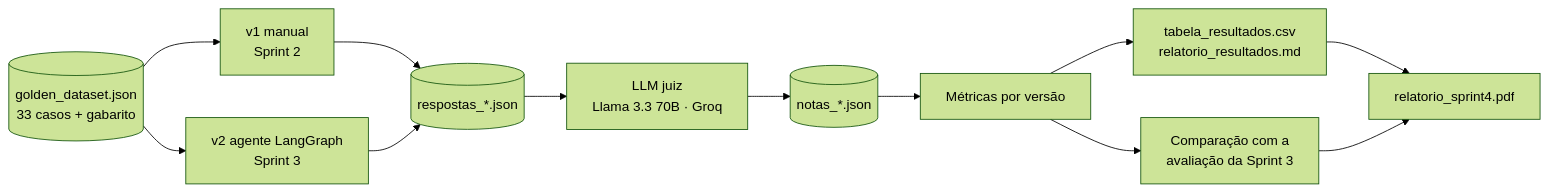
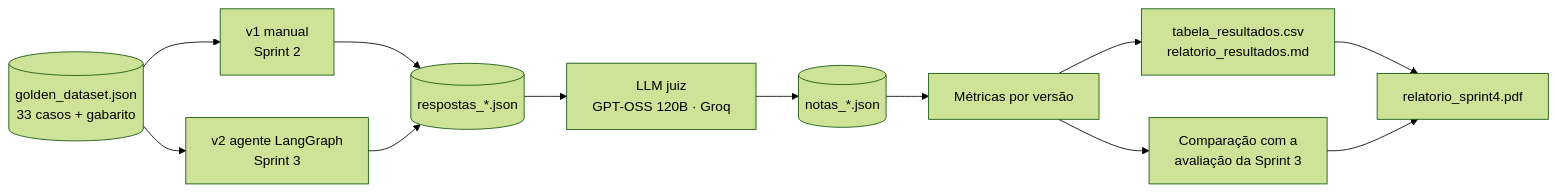
Before and after one commit to jairferreira8/prompt_sprint_4: the diagram in README.md, drawn with Mermaid (forest theme). The commit also changed other lines of this file and 4 other files, not shown here.

````diff
--- a/README.md
+++ b/README.md
@@ -22,14 +22,14 @@
 ```mermaid
 flowchart LR
     G[(golden_dataset.json<br/>33 casos + gabarito)] --> V1[v1 manual<br/>Sprint 2]
     G --> V2[v2 agente LangGraph<br/>Sprint 3]
     V1 --> R[(respostas_*.json)]
     V2 --> R
-    R --> J[LLM juiz<br/>Llama 3.3 70B · Groq]
+    R --> J[LLM juiz<br/>GPT-OSS 120B · Groq]
     J --> N[(notas_*.json)]
     N --> M[Métricas por versão]
     M --> T[tabela_resultados.csv<br/>relatorio_resultados.md]
     M --> C[Comparação com a<br/>avaliação da Sprint 3]
     T --> P[relatorio_sprint4.pdf]
     C --> P
 ```
````
